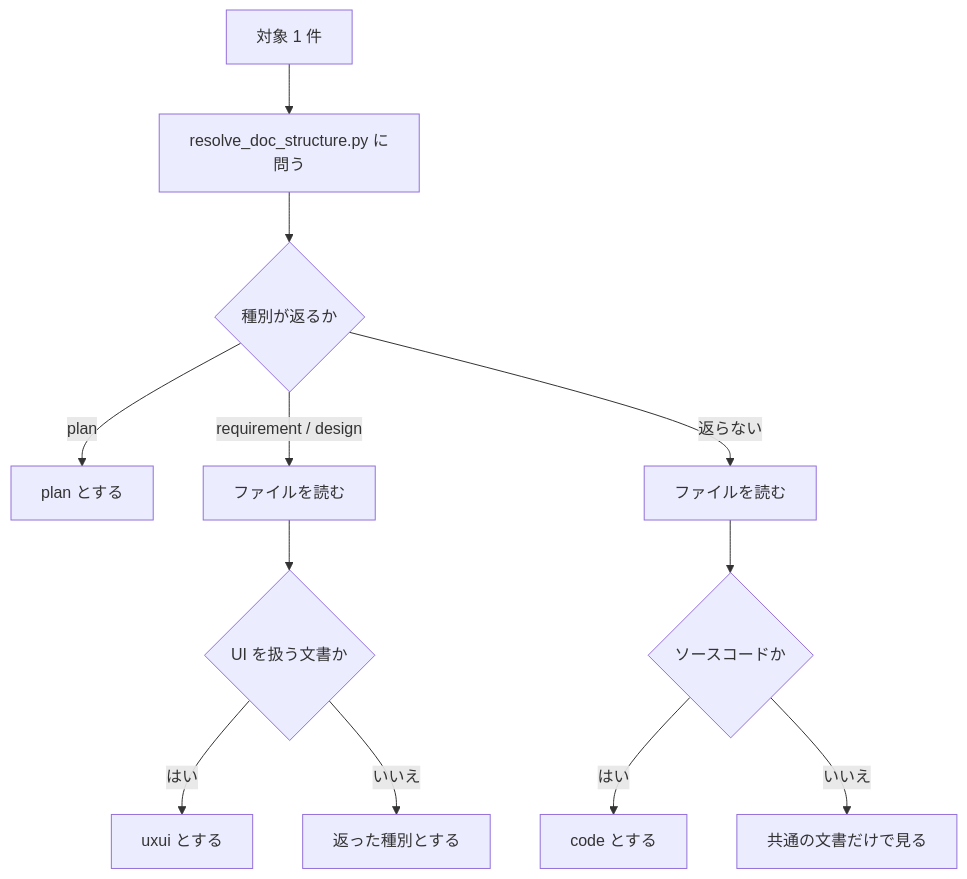
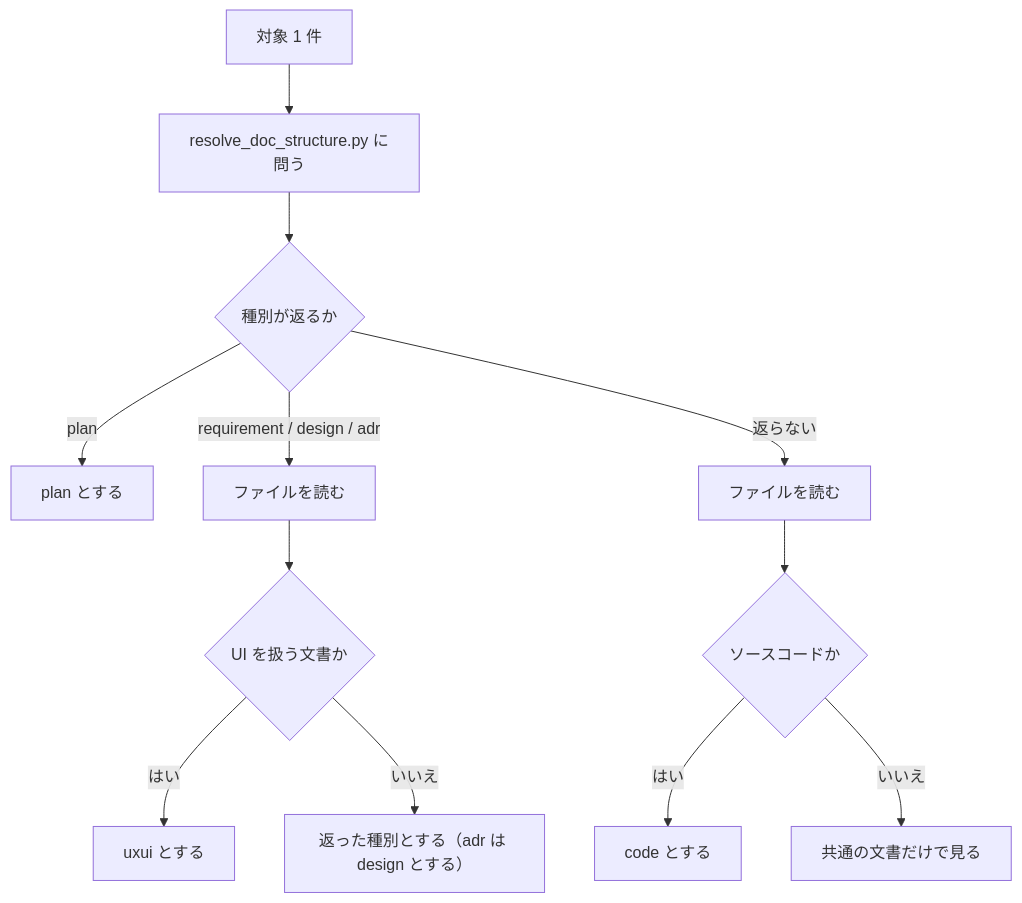
One commit to BlueEventHorizon/bw-cc-plugins changed the third of 3 diagrams in docs/specs/review/design/DES-084_reviewer_design.md. Above: the diagram before and after it, drawn with Mermaid. The commit also changed other lines of this file and 2 other files, not shown here.

First line of the commit message:
docs: rebaseで adr 種別が加わったことに合わせ、review設計書・計画書・戦略書を直す

````diff
--- a/docs/specs/review/design/DES-084_reviewer_design.md
+++ b/docs/specs/review/design/DES-084_reviewer_design.md
@@ -188,14 +188,14 @@
 ```mermaid
 flowchart TB
     A["対象 1 件"] --> B["resolve_doc_structure.py に問う"]
     B --> C{"種別が返るか"}
     C -->|"plan"| D["plan とする"]
-    C -->|"requirement / design"| E["ファイルを読む"]
+    C -->|"requirement / design / adr"| E["ファイルを読む"]
     E --> F{"UI を扱う文書か"}
     F -->|"はい"| G["uxui とする"]
-    F -->|"いいえ"| H["返った種別とする"]
+    F -->|"いいえ"| H["返った種別とする（adr は design とする）"]
     C -->|"返らない"| I["ファイルを読む"]
     I --> J{"ソースコードか"}
     J -->|"はい"| K["code とする"]
     J -->|"いいえ"| L["共通の文書だけで見る"]
 ```
````
